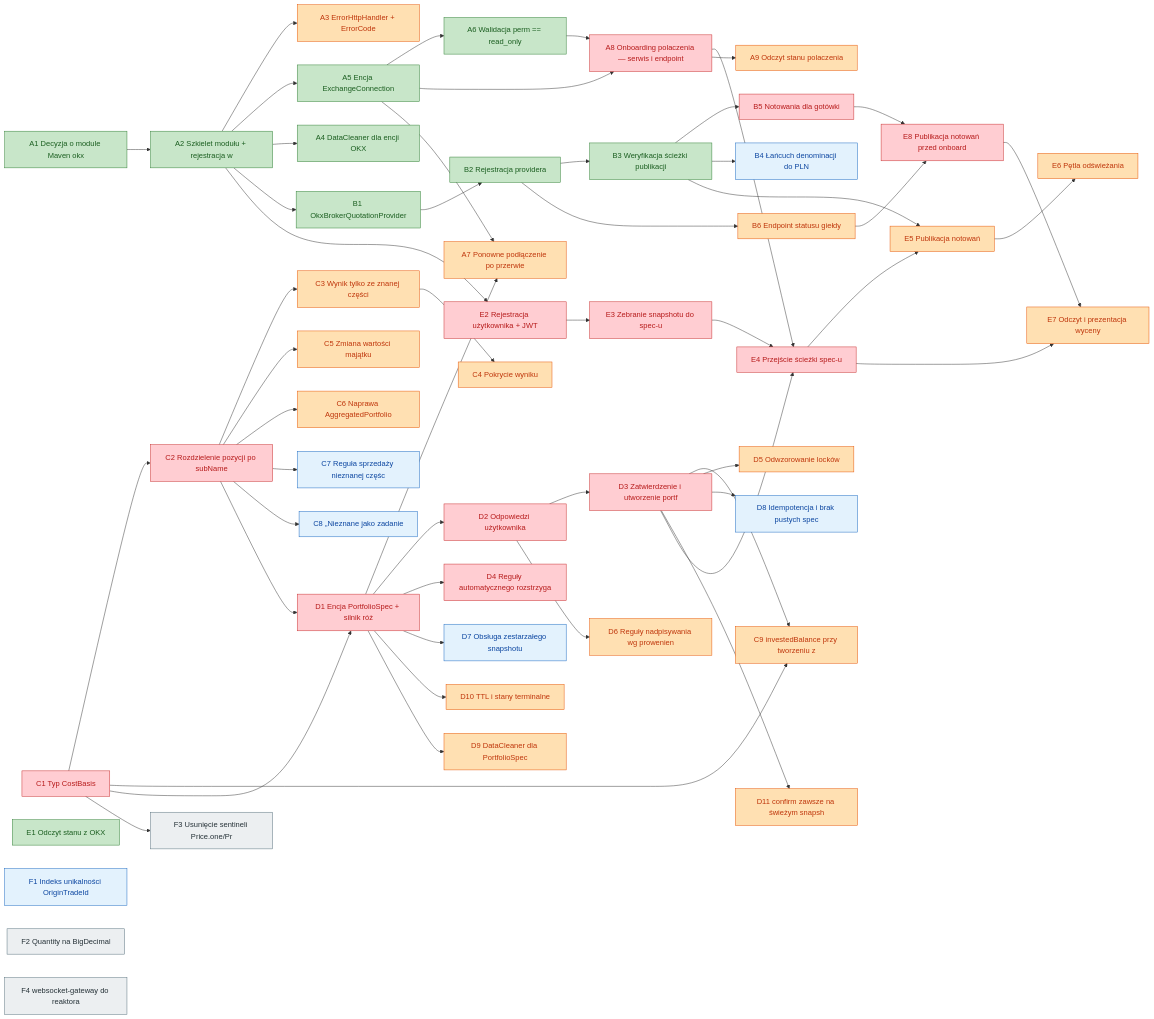
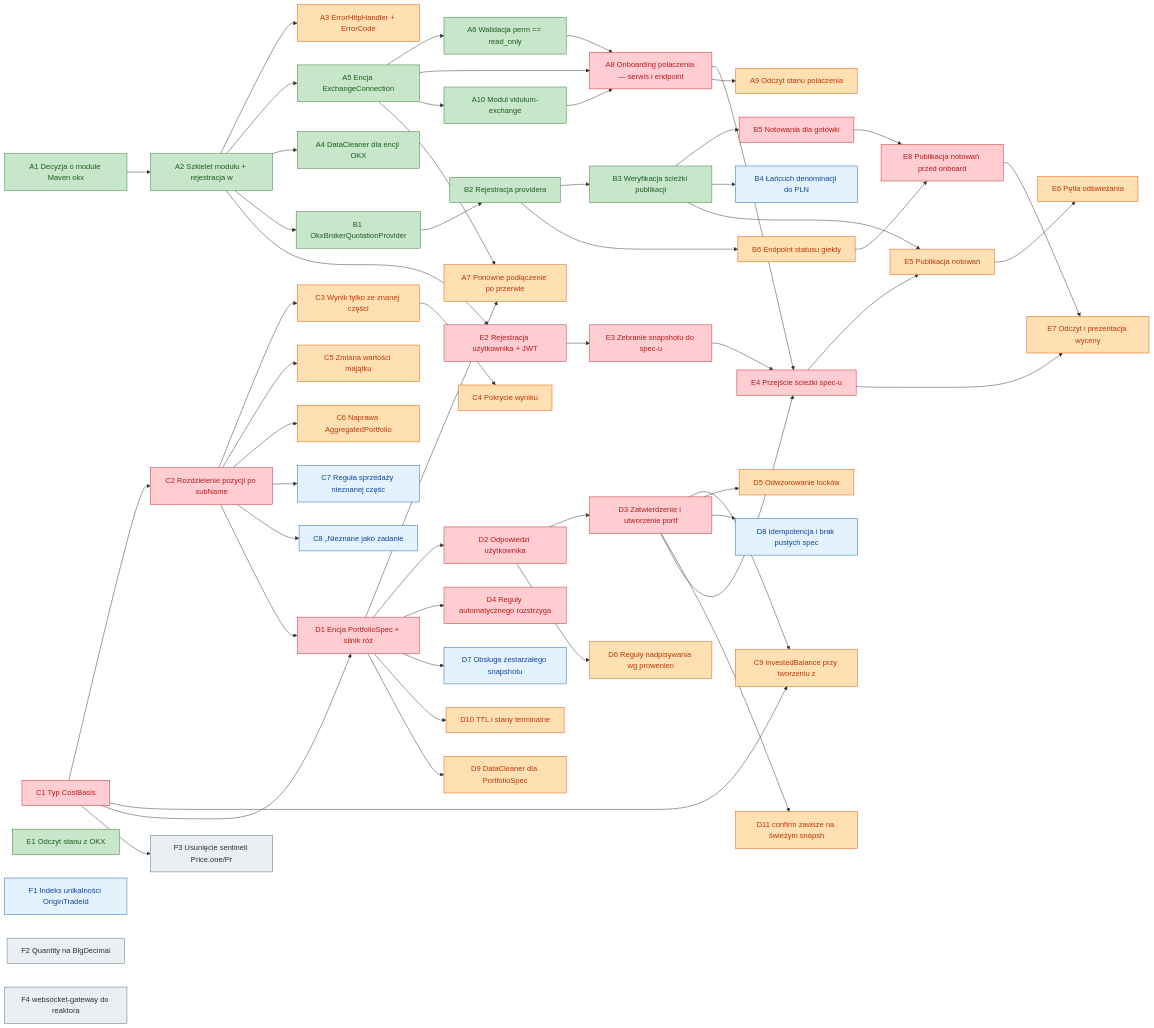
One commit to lu92/vidulum changed the diagram in docs/features-backlog/2026-09-18-okx-tasks.md. Above: the diagram before and after it, drawn with Mermaid. The commit also changed other lines of this file and 58 other files, not shown here.

```diff
--- a/docs/features-backlog/2026-09-18-okx-tasks.md
+++ b/docs/features-backlog/2026-09-18-okx-tasks.md
@@ -140,6 +141,7 @@
     A3["A3 ErrorHttpHandler + ErrorCode"]:::p1
     A5["A5 Encja ExchangeConnection"]:::done
     A6["A6 Walidacja perm == read_only"]:::done
+    A10["A10 Modul vidulum-exchange"]:::done
     A8["A8 Onboarding polaczenia — serwis i endpoint"]:::p0
     A9["A9 Odczyt stanu polaczenia"]:::p1
     A4["A4 DataCleaner dla encji OKX"]:::done
@@ -188,6 +190,8 @@
     A2 --> A5
     A5 --> A6
     A5 --> A8
+    A5 --> A10
+    A10 --> A8
     A6 --> A8
     A8 --> E4
     A8 --> A9
```
